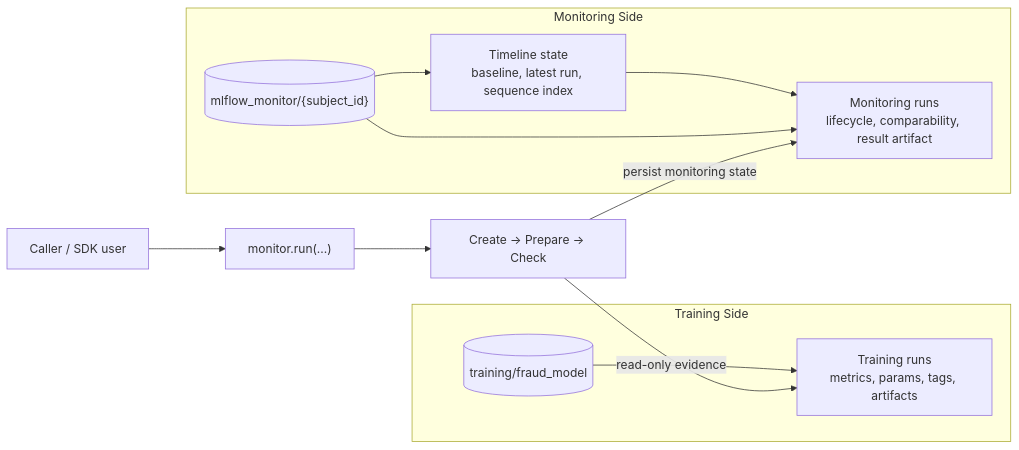
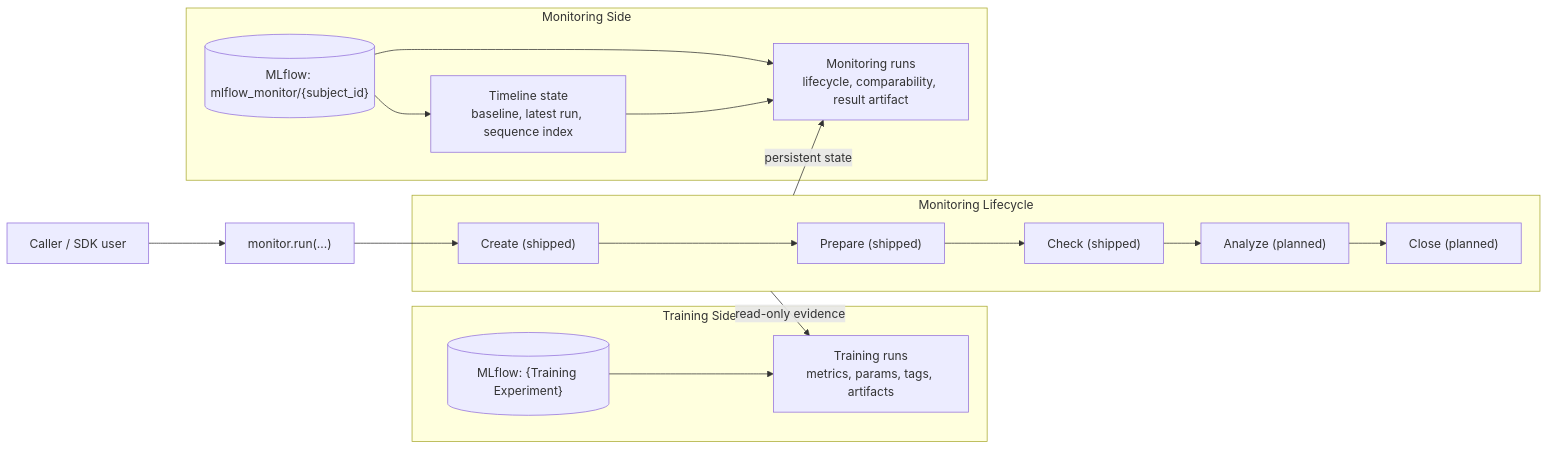
Before and after one commit to shizheng-rlfresh/mlflow-monitor: the diagram in docs/architecture.md, drawn with Mermaid. The commit also changed other lines of this file and 3 other files, not shown here.

````diff
--- a/docs/architecture.md
+++ b/docs/architecture.md
@@ -7,23 +7,27 @@
 ```mermaid
 flowchart LR
     Caller["Caller / SDK user"] --> SDK["monitor.run(...)"]
-    SDK --> Orchestration["Create -> Prepare -> Check"]
+    SDK --> Create
 
     subgraph Training["Training Side"]
-        TrainExp[("training/fraud_model")]
+        TrainExp[("MLflow: {Training Experiment}")]
         TrainRuns["Training runs\nmetrics, params, tags, artifacts"]
     end
 
+    subgraph Workflow["Monitoring Lifecycle"]
+        Create["Create (shipped)"] --> Prepare["Prepare (shipped)"] --> Check["Check (shipped)"] --> Analyze["Analyze (planned)"] --> Close["Close (planned)"]
+    end
+
     subgraph Monitoring["Monitoring Side"]
-        MonExp[("mlflow_monitor/{subject_id}")]
+        MonExp[("MLflow: mlflow_monitor/{subject_id}")]
         Timeline["Timeline state\nbaseline, latest run, sequence index"]
         MonRuns["Monitoring runs\nlifecycle, comparability, result artifact"]
     end
 
-    Orchestration -->|read-only evidence| TrainRuns
+    Workflow -->|read-only evidence| TrainRuns
+    Workflow -->|persistent state| MonRuns
     TrainExp --> TrainRuns
-    Orchestration -->|persist monitoring state| MonRuns
     MonExp --> Timeline
     MonExp --> MonRuns
     Timeline --> MonRuns
 ```
````
